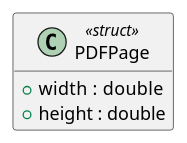
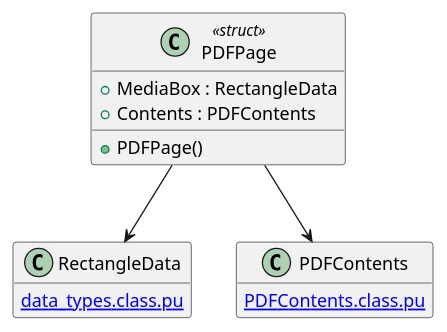
One commit to KodaiYM/PDFReader changed the diagram in document/PDFPage.class.pu. Above: the diagram before and after it, drawn with PlantUML. The commit also changed 2 other files, not shown here.

```diff
--- a/document/PDFPage.class.pu
+++ b/document/PDFPage.class.pu
@@ -1,7 +1,19 @@
 @startuml PDFPage
 hide empty members
 class PDFPage<<struct>> {
-	+width  : double
-	+height : double
+	+MediaBox : RectangleData
+	+Contents : PDFContents
+
+	+PDFPage()
 }
+PDFPage --> RectangleData
+PDFPage --> PDFContents
+
+class RectangleData {
+	[[data_types.class.pu]]
+}
+class PDFContents {
+	[[PDFContents.class.pu]]
+}
+
 @enduml
```
